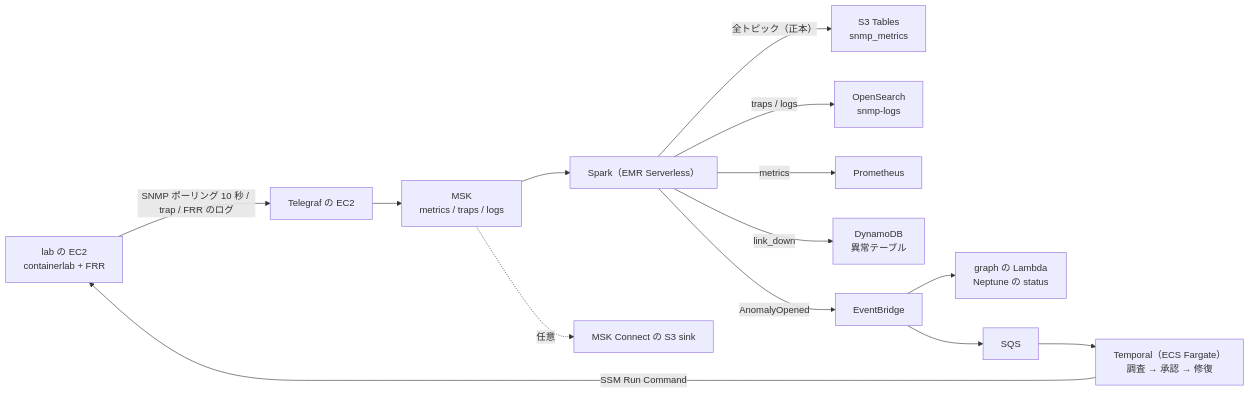
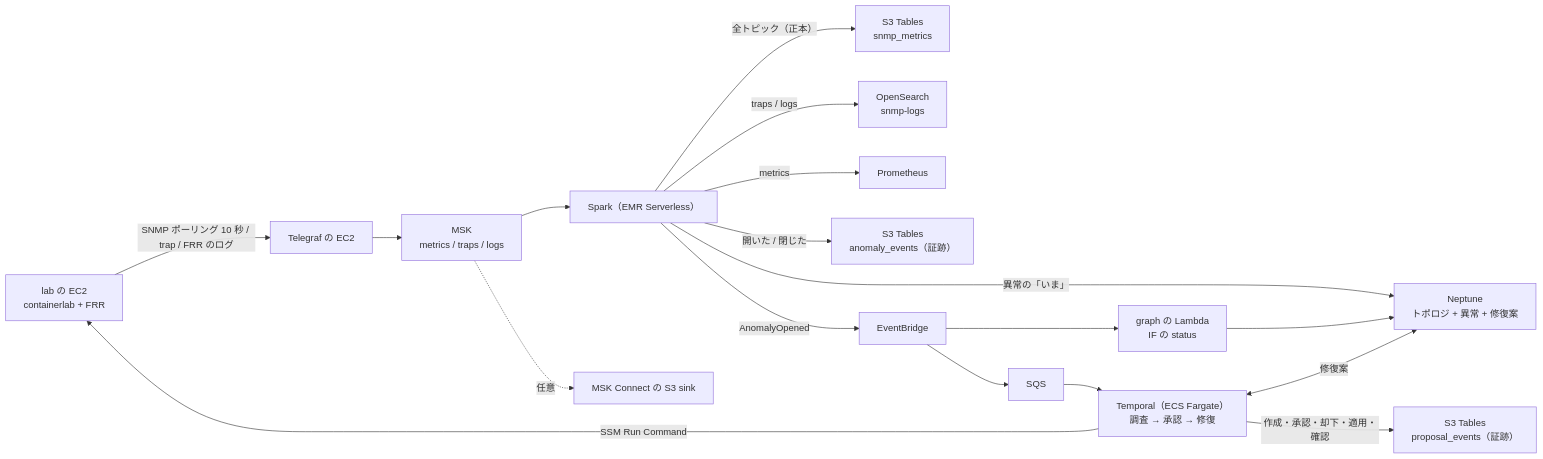
The second of 2 diagrams in docs/architecture.md (eddie-eights/cf-netops-sandbox), drawn with Mermaid before and after one commit. The commit also changed other lines of this file and 48 other files, not shown here.

First line of the commit message:
DynamoDB をやめる: 異常と修復案の「いま」は Neptune、履歴と証跡は S3 Tables

````diff
--- a/docs/architecture.md
+++ b/docs/architecture.md
@@ -25,14 +25,17 @@
 ```mermaid
 flowchart LR
   LAB["lab の EC2<br/>containerlab + FRR"] -->|"SNMP ポーリング 10 秒 / trap / FRR のログ"| TG["Telegraf の EC2"] --> MSK["MSK<br/>metrics / traps / logs"]
   MSK --> SPARK["Spark（EMR Serverless）"]
   MSK -.->|"任意"| S3SINK["MSK Connect の S3 sink"]
   SPARK -->|"全トピック（正本）"| ICE["S3 Tables<br/>snmp_metrics"]
   SPARK -->|"traps / logs"| OS["OpenSearch<br/>snmp-logs"]
   SPARK -->|"metrics"| PROM["Prometheus"]
-  SPARK -->|"link_down"| DDB["DynamoDB<br/>異常テーブル"]
+  SPARK -->|"開いた / 閉じた"| AEV["S3 Tables<br/>anomaly_events（証跡）"]
+  SPARK -->|"異常の「いま」"| NEP["Neptune<br/>トポロジ + 異常 + 修復案"]
   SPARK -->|"AnomalyOpened"| EB["EventBridge"]
-  EB --> GL["graph の Lambda<br/>Neptune の status"]
+  EB --> GL["graph の Lambda<br/>IF の status"] --> NEP
   EB --> SQS["SQS"] --> WF["Temporal（ECS Fargate）<br/>調査 → 承認 → 修復"]
+  WF <-->|"修復案"| NEP
+  WF -->|"作成・承認・却下・適用・確認"| PEV["S3 Tables<br/>proposal_events（証跡）"]
   WF -->|"SSM Run Command"| LAB
 ```
````
